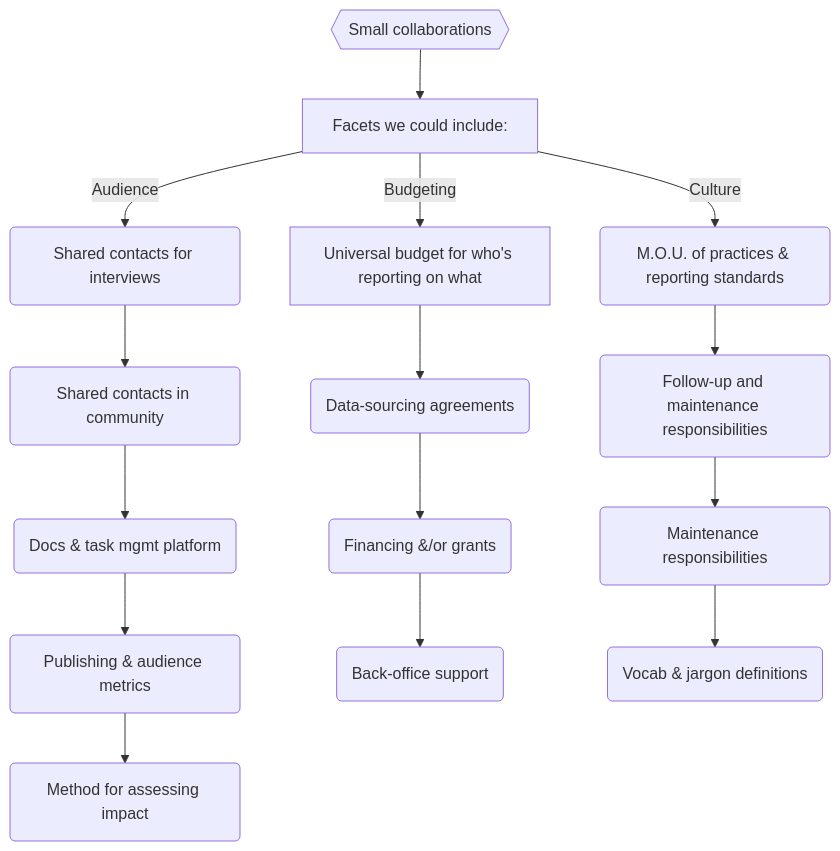
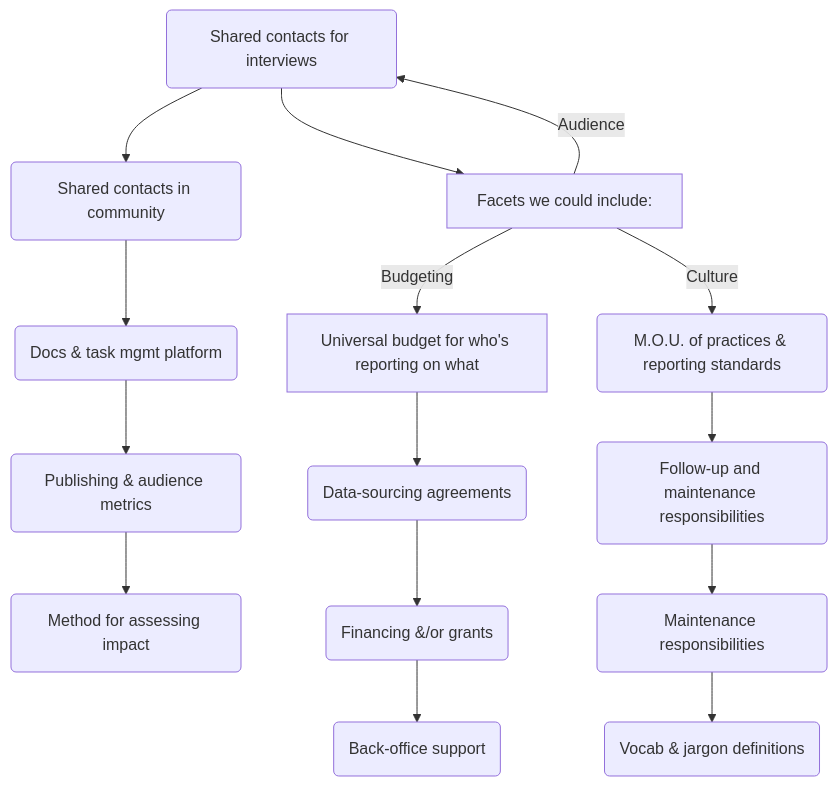
The second of 4 diagrams in docs/README.md (tiffehr/collaboration-capstone), drawn with Mermaid before and after one commit. The commit also changed other lines of this file, not shown here.

Commit message:
cleanup initial IDs on chart tops

```diff
--- a/docs/README.md
+++ b/docs/README.md
@@ -34,17 +34,17 @@
 <div class="mermaid">
 graph TD
-  SM{{"Small" collaborations}} --> F[Facets we could include:]
+  A{{"Small" collaborations}} --> F[Facets we could include:]
     F --> |Audience| A(Shared contacts for interviews)
       A --> a1(Shared contacts in community)
       a1 --> a2(Docs & task mgmt platform)
       a2 --> a3(Publishing & audience metrics)
       a3 --> a4(Method for assessing impact)
     F --> |Budgeting| B[Universal budget for who's reporting on what]
       B --> b1(Data-sourcing agreements)
       b1 --> b2(Financing &/or grants)
       b2 --> b3(Back-office support)
     F --> |Culture| C(M.O.U. of practices & reporting standards)
       C --> c1(Follow-up and maintenance responsibilities)
       c1 --> c2(Maintenance responsibilities)
       c2 --> c3(Vocab & jargon definitions)
 </div>
```
